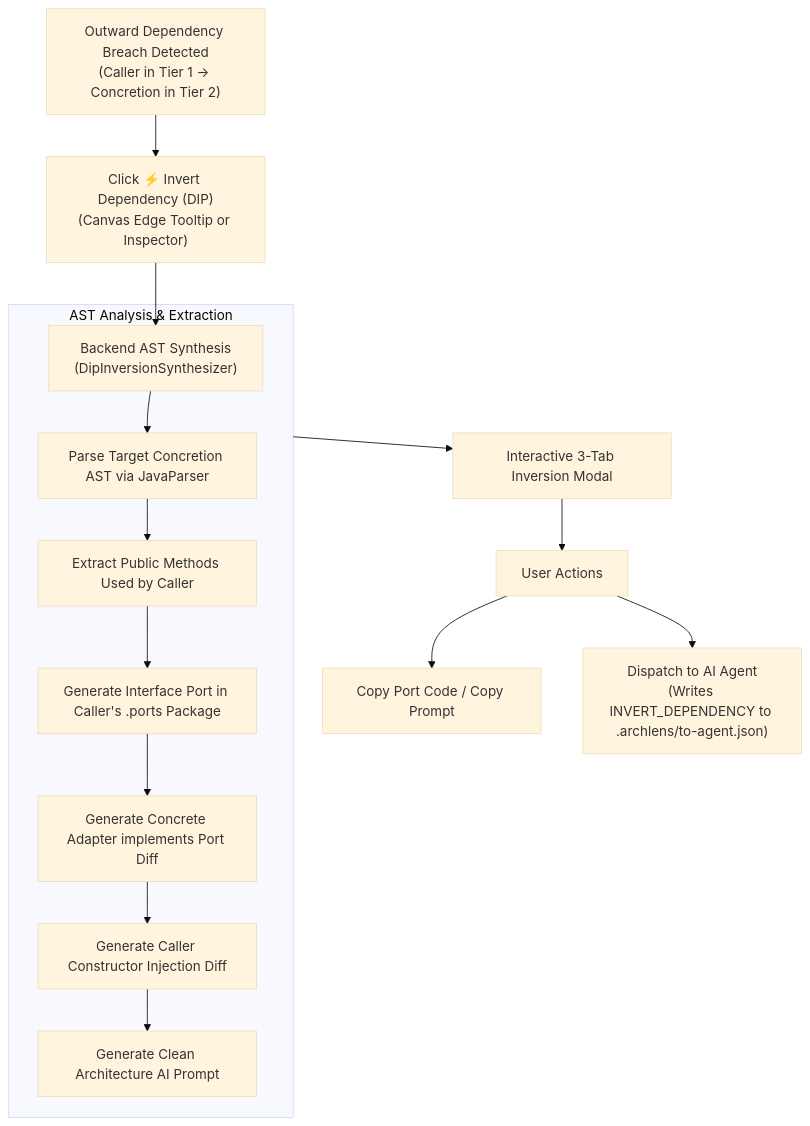
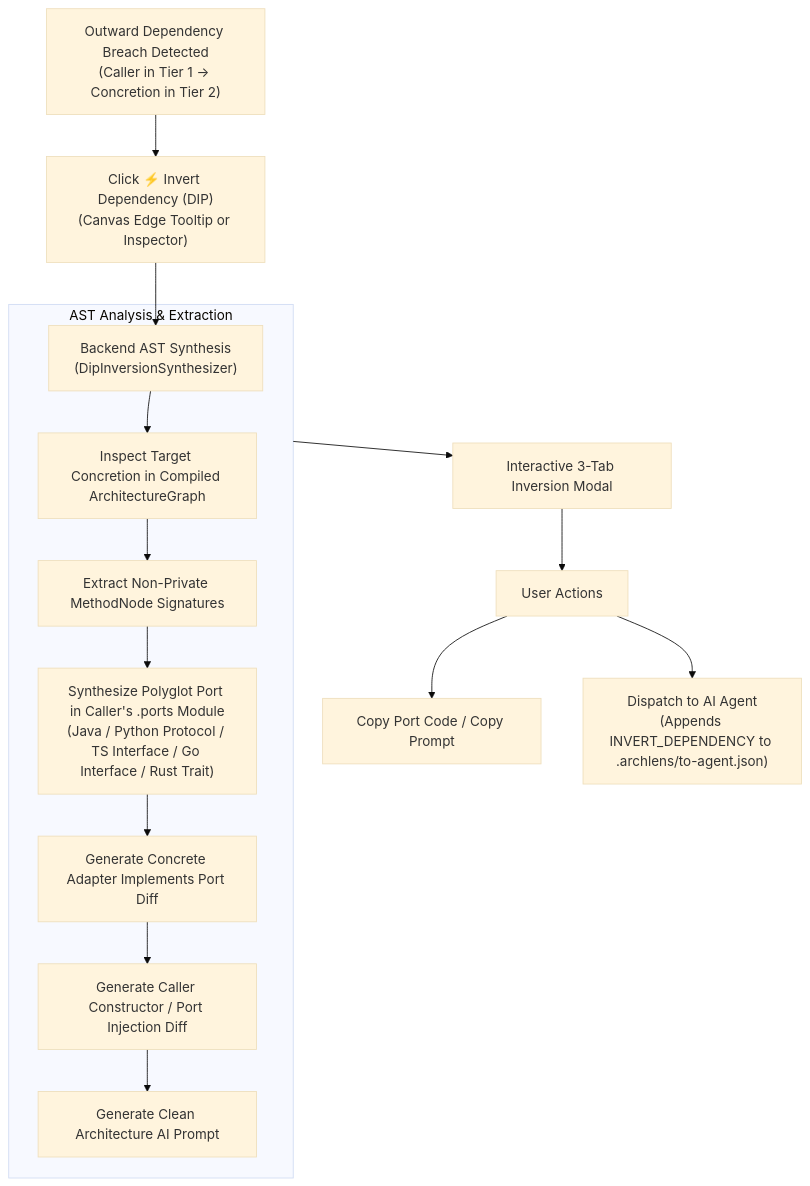
One commit to fmatar/archlens changed the diagram in wiki/Surgical-DIP-Inverter.md. Above: the diagram before and after it, drawn with Mermaid (base theme). The commit also changed other lines of this file and 33 other files, not shown here.

Commit message:
fix(docs): synchronize wiki, roadmap, and MCP parity with v0.1.1 AST (#8253)

````diff
--- a/wiki/Surgical-DIP-Inverter.md
+++ b/wiki/Surgical-DIP-Inverter.md
@@ -12,19 +12,19 @@
 ```mermaid
 flowchart TD
     Breach["Outward Dependency Breach Detected\n(Caller in Tier 1 -> Concretion in Tier 2)"] --> Click["Click ⚡ Invert Dependency (DIP)\n(Canvas Edge Tooltip or Inspector)"]
     Click --> AST["Backend AST Synthesis\n(DipInversionSynthesizer)"]
     
     subgraph Synthesis ["AST Analysis & Extraction"]
-        AST --> ReadTarget["Parse Target Concretion AST via JavaParser"]
-        ReadTarget --> ExtractMethods["Extract Public Methods Used by Caller"]
-        ExtractMethods --> GeneratePort["Generate Interface Port in Caller's .ports Package"]
-        GeneratePort --> DiffAdapter["Generate Concrete Adapter implements Port Diff"]
-        DiffAdapter --> DiffCaller["Generate Caller Constructor Injection Diff"]
+        AST --> ReadTarget["Inspect Target Concretion in Compiled ArchitectureGraph"]
+        ReadTarget --> ExtractMethods["Extract Non-Private MethodNode Signatures"]
+        ExtractMethods --> GeneratePort["Synthesize Polyglot Port in Caller's .ports Module\n(Java / Python Protocol / TS Interface / Go Interface / Rust Trait)"]
+        GeneratePort --> DiffAdapter["Generate Concrete Adapter Implements Port Diff"]
+        DiffAdapter --> DiffCaller["Generate Caller Constructor / Port Injection Diff"]
         DiffCaller --> Directive["Generate Clean Architecture AI Prompt"]
     end
     
     Synthesis --> UI["Interactive 3-Tab Inversion Modal"]
     UI --> Actions["User Actions"]
     Actions --> Copy["Copy Port Code / Copy Prompt"]
-    Actions --> Dispatch["Dispatch to AI Agent\n(Writes INVERT_DEPENDENCY to .archlens/to-agent.json)"]
+    Actions --> Dispatch["Dispatch to AI Agent\n(Appends INVERT_DEPENDENCY to .archlens/to-agent.json)"]
 ```
````
